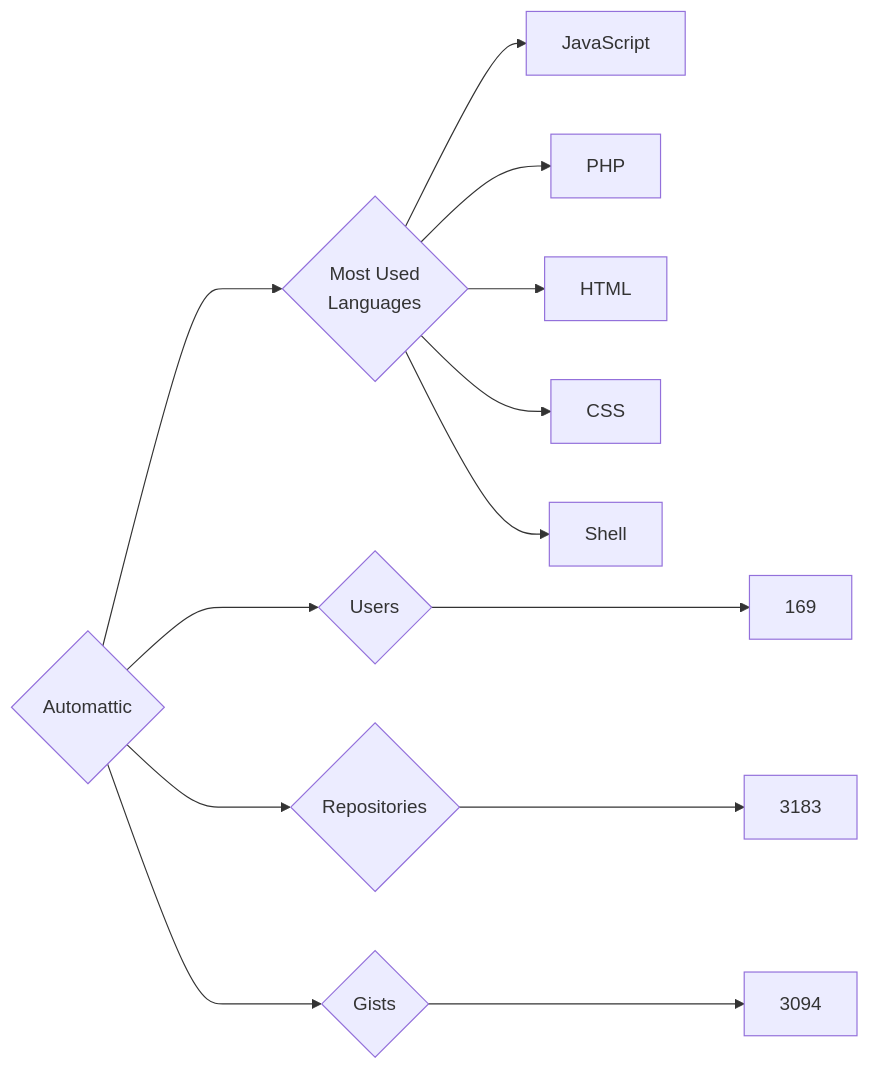
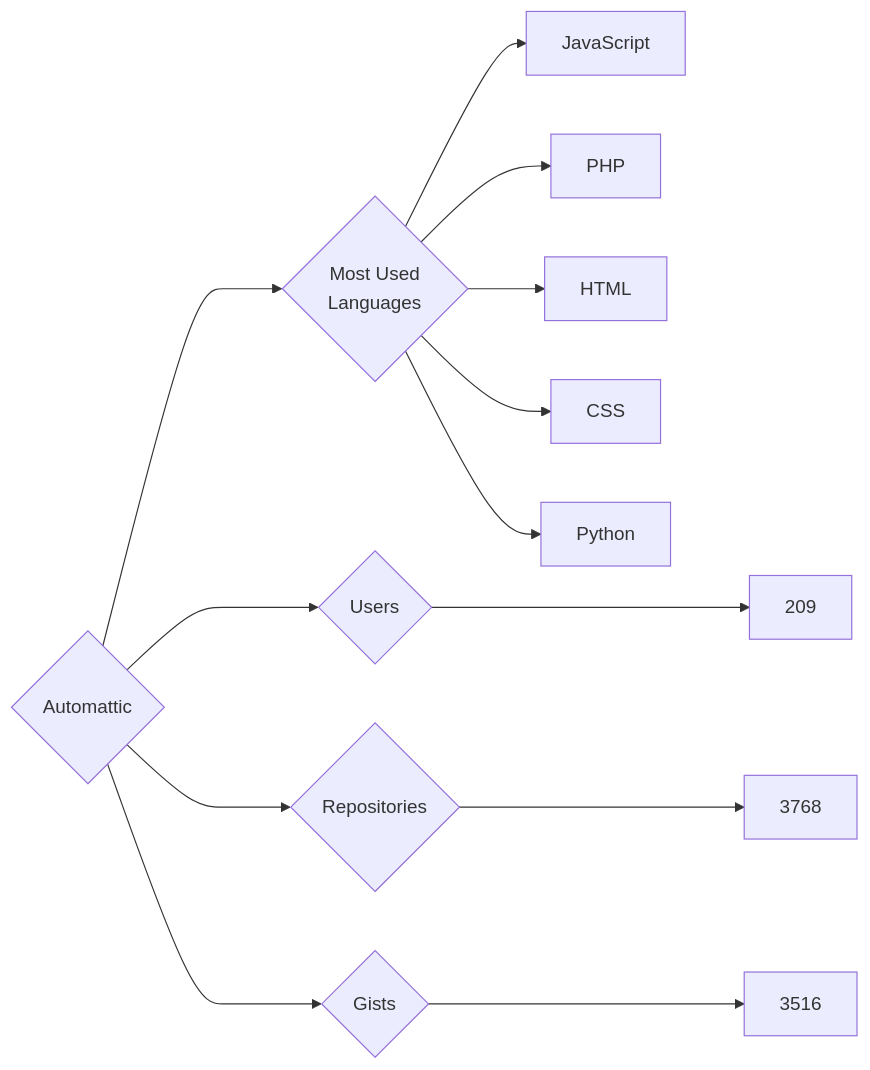
One commit to trickest/insiders changed the diagram in targets/Automattic/README.md. Above: the diagram before and after it, drawn with Mermaid. The commit also changed 944 other files, not shown here.

````diff
--- a/targets/Automattic/README.md
+++ b/targets/Automattic/README.md
@@ -3,13 +3,13 @@
 ```mermaid
 graph LR
 COMPANY_NAME{Automattic}
-COMPANY_NAME ---> U{Users} ---> UN[169]
-COMPANY_NAME ---> R{Repositories} ---> RN[3183]
-COMPANY_NAME ---> G{Gists} ---> GN[3094]
+COMPANY_NAME ---> U{Users} ---> UN[209]
+COMPANY_NAME ---> R{Repositories} ---> RN[3768]
+COMPANY_NAME ---> G{Gists} ---> GN[3516]
 COMPANY_NAME ---> ML{Most Used<br>Languages}
 ML --> JavaScript[JavaScript]
 ML --> PHP[PHP]
 ML --> HTML[HTML]
 ML --> CSS[CSS]
-ML --> Shell[Shell]
+ML --> Python[Python]
 ```
````
